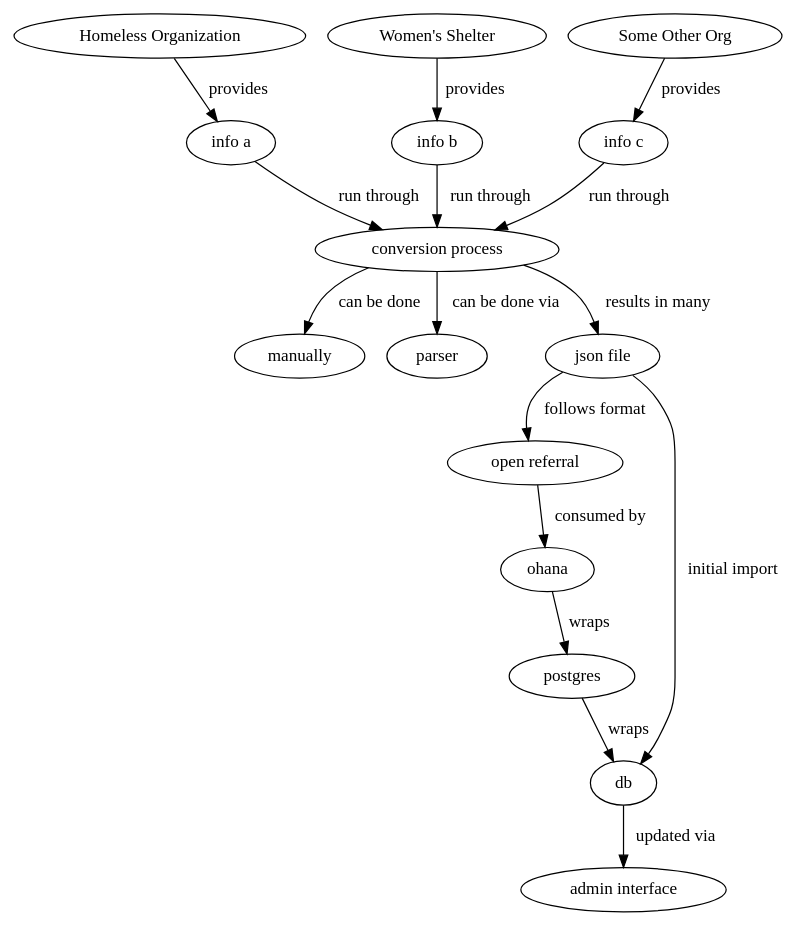
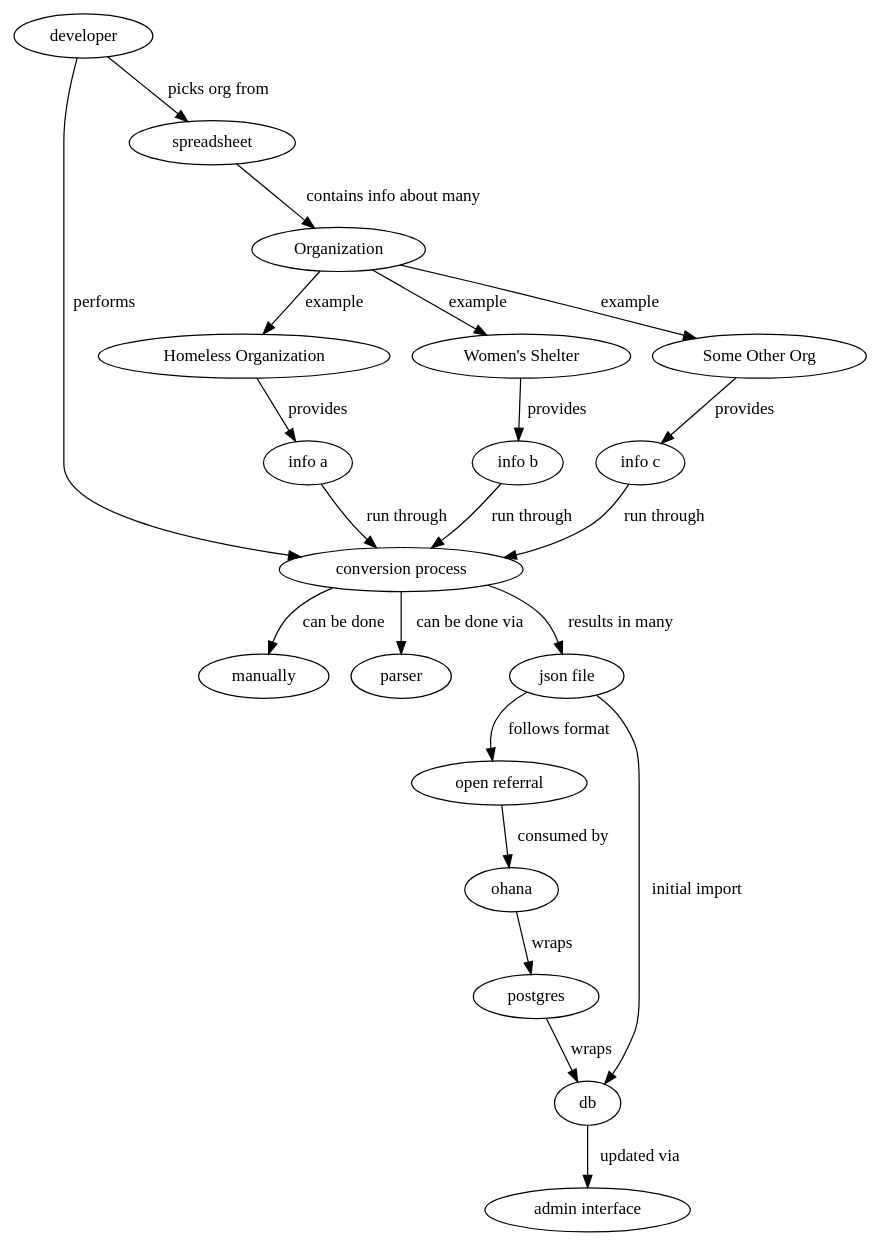
Before and after one commit to sfbrigade/sf-openreferral-data: the diagram in plan.dot, drawn with Graphviz. The commit also changed 1 other file, not shown here.

```diff
--- a/plan.dot
+++ b/plan.dot
@@ -1,17 +1,24 @@
 digraph G {
   "Homeless Organization" -> "info a" [label="provides"]
   "Women's Shelter" -> "info b" [label="provides"]
   "Some Other Org" -> "info c" [label="provides"]
   "info a" -> "conversion process" [label="run through"]
   "info b" -> "conversion process" [label="run through"]
   "info c" -> "conversion process" [label="run through"]
   "conversion process" -> manually [label="can be done"]
   "conversion process" -> parser [label="can be done via"] 
   "conversion process" -> "json file" [label="results in many"]
   "json file" -> "open referral" [label="follows format"]
   "open referral" -> ohana [label="consumed by"]
   ohana -> postgres [label="wraps"]
   postgres -> db [label="wraps"]
   "json file" -> db [label="initial import"]
   db -> "admin interface" [label="updated via"]
+
+  developer -> spreadsheet [label="picks org from"]
+  developer -> "conversion process" [label="performs"]
+  spreadsheet -> Organization [label="contains info about many"]
+  Organization -> "Homeless Organization" [label="example"]
+  Organization -> "Women's Shelter" [label="example"]
+  Organization -> "Some Other Org" [label="example"]
 }
```
